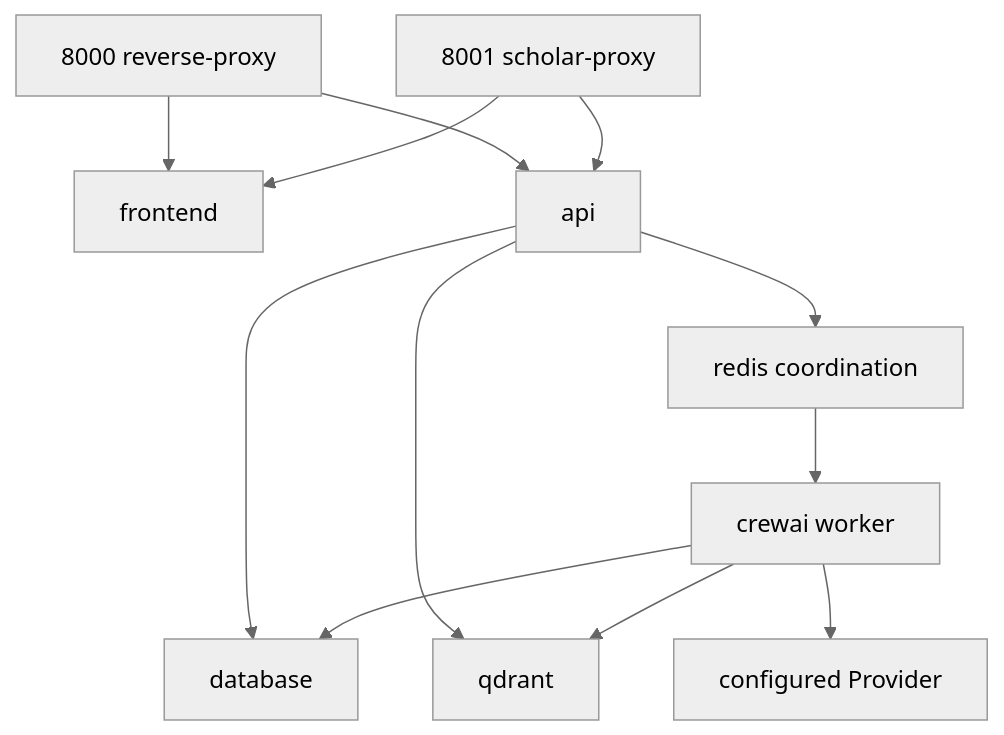
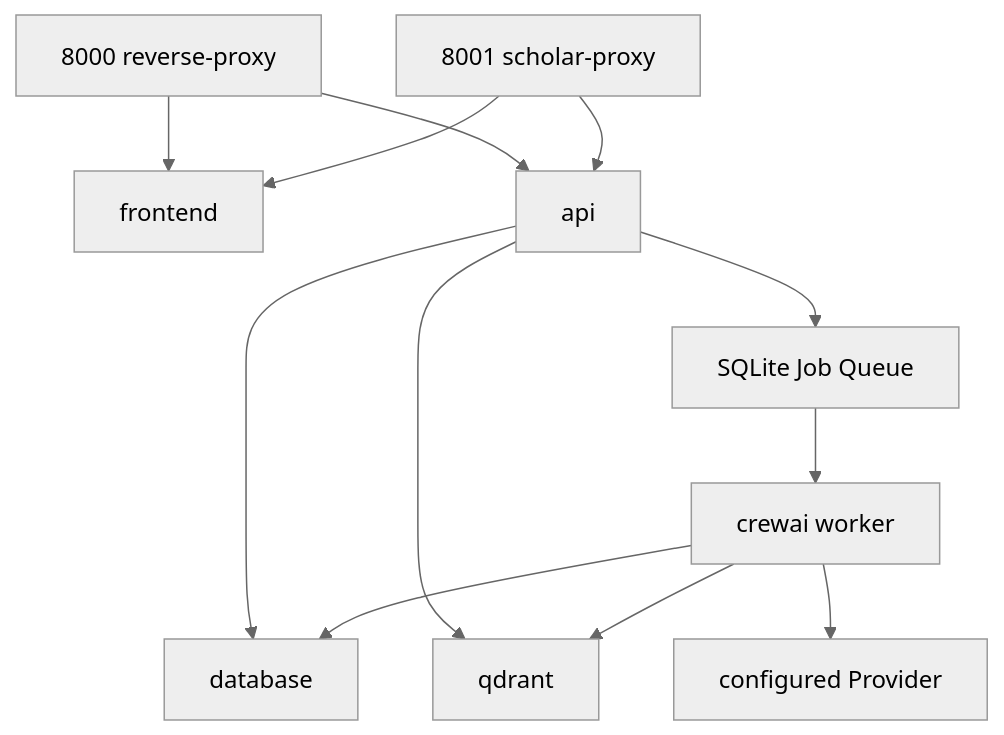
One commit to Hanchunynag/leo-research-agent changed the diagram in docs/architecture/deployment.md. Above: the diagram before and after it, drawn with Mermaid (neutral theme). The commit also changed other lines of this file and 203 other files, not shown here.

Commit message:
feat: converge production architecture on CrewAI Harness

````diff
--- a/docs/architecture/deployment.md
+++ b/docs/architecture/deployment.md
@@ -3,14 +3,14 @@
 ```mermaid
 flowchart TD
-  Legacy[8000 reverse-proxy] --> Frontend[frontend]
+  Public[8000 reverse-proxy] --> Frontend[frontend]
   Scholar[8001 scholar-proxy] --> Frontend
-  Legacy --> API[api]
+  Public --> API[api]
   Scholar --> API
-  API --> Redis[redis coordination]
   API --> DB[database]
   API --> Qdrant[qdrant]
-  Redis --> Worker[crewai worker]
+  API --> WorkerQueue[SQLite Job Queue]
+  WorkerQueue --> Worker[crewai worker]
   Worker --> DB
   Worker --> Qdrant
   Worker --> Provider[configured Provider]
 ```
````
